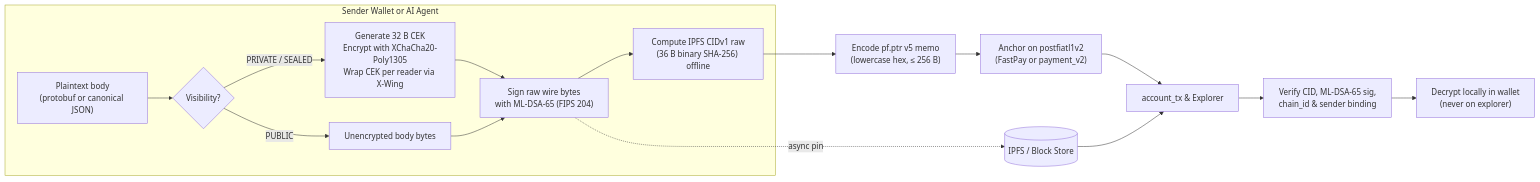
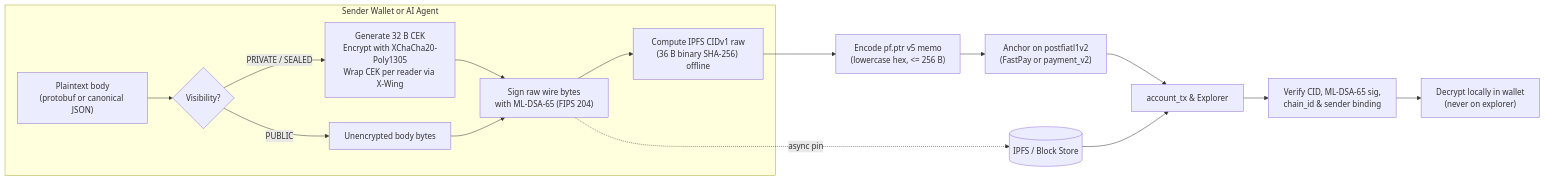
Before and after one commit to postfiatorg/postfiatorg.github.io: the first of 2 diagrams in content/blog/post-quantum-messaging-fastpay-x402.md, drawn with Mermaid. The commit also changed other lines of this file, not shown here.

````diff
--- a/content/blog/post-quantum-messaging-fastpay-x402.md
+++ b/content/blog/post-quantum-messaging-fastpay-x402.md
@@ -42,18 +49,18 @@
 ```mermaid
 flowchart LR
     subgraph Client["Sender Wallet or AI Agent"]
       A["Plaintext body<br/>(protobuf or canonical JSON)"] --> B{"Visibility?"}
       B -- "PRIVATE / SEALED" --> C["Generate 32 B CEK<br/>Encrypt with XChaCha20-Poly1305<br/>Wrap CEK per reader via X-Wing"]
       B -- "PUBLIC" --> D["Unencrypted body bytes"]
       C --> E["Sign raw wire bytes<br/>with ML-DSA-65 (FIPS 204)"]
       D --> E
       E --> F["Compute IPFS CIDv1 raw<br/>(36 B binary SHA-256) offline"]
     end
-    F --> G["Encode pf.ptr v5 memo<br/>(lowercase hex, &le; 256 B)"]
+    F --> G["Encode pf.ptr v5 memo<br/>(lowercase hex, <= 256 B)"]
     G --> H["Anchor on postfiatl1v2<br/>(FastPay or payment_v2)"]
     E -. "async pin" .-> P[("IPFS / Block Store")]
-    H --> I["account_tx &amp; Explorer"]
+    H --> I["account_tx & Explorer"]
     P --> I
-    I --> J["Verify CID, ML-DSA-65 sig,<br/>chain_id &amp; sender binding"]
+    I --> J["Verify CID, ML-DSA-65 sig,<br/>chain_id & sender binding"]
     J --> K["Decrypt locally in wallet<br/>(never on explorer)"]
 ```
````
